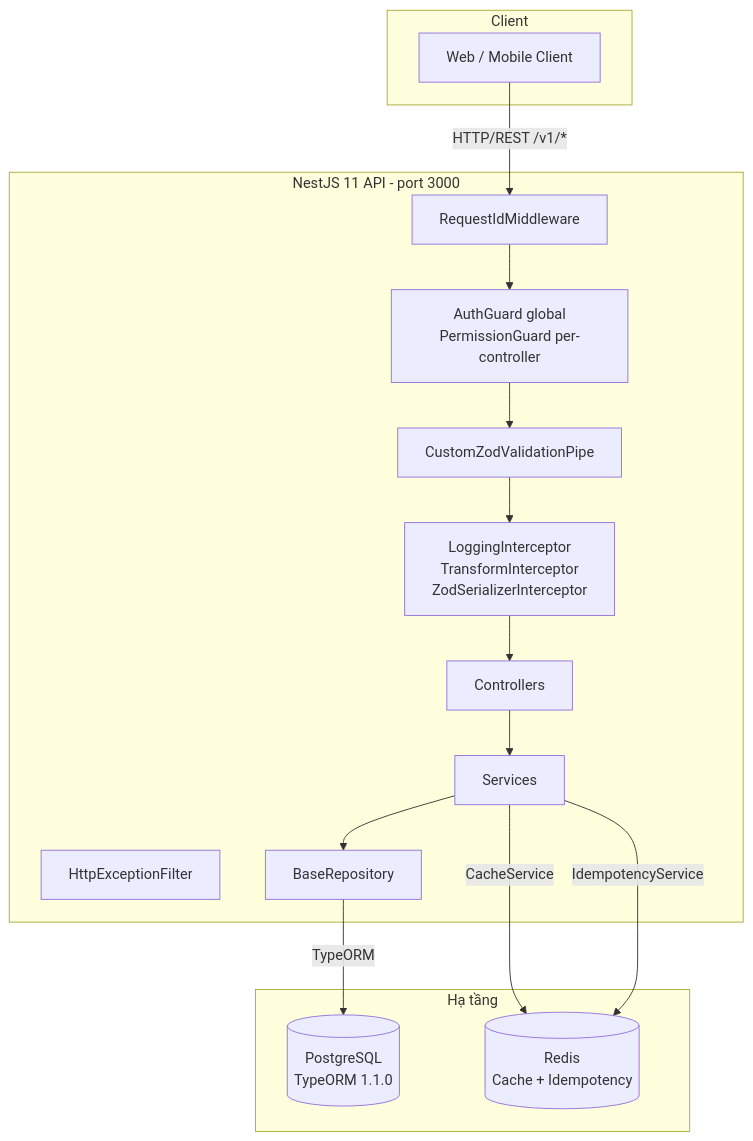
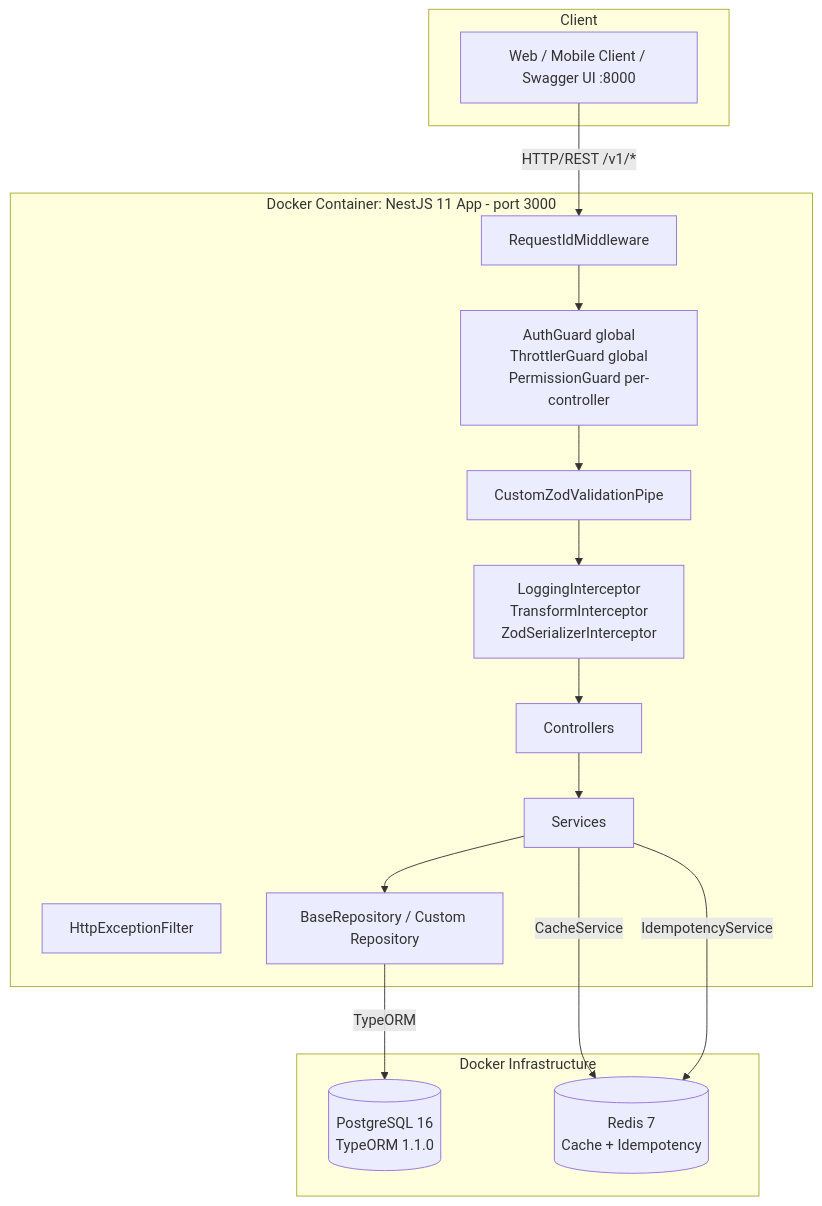
Before and after one commit to trungcrbay/crm_fcvn: the first of 4 diagrams in docs/BE_ARCHITECTURE.md, drawn with Mermaid. The commit also changed other lines of this file and 1 other file, not shown here.

Commit message:
update conventions file + architecture file

````diff
--- a/docs/BE_ARCHITECTURE.md
+++ b/docs/BE_ARCHITECTURE.md
@@ -7,33 +7,33 @@
 ```mermaid
 graph TB
     subgraph Client
-        FE[Web / Mobile Client]
+        FE[Web / Mobile Client / Swagger UI :8000]
     end
 
-    subgraph "NestJS 11 API - port 3000"
+    subgraph "Docker Container: NestJS 11 App - port 3000"
         MW[RequestIdMiddleware]
-        Guard[AuthGuard global<br/>PermissionGuard per-controller]
+        Guard[AuthGuard global<br/>ThrottlerGuard global<br/>PermissionGuard per-controller]
         Interceptor[LoggingInterceptor<br/>TransformInterceptor<br/>ZodSerializerInterceptor]
         Pipe[CustomZodValidationPipe]
         Filter[HttpExceptionFilter]
         Controller[Controllers]
         Service[Services]
-        Repo[BaseRepository]
+        Repo[BaseRepository / Custom Repository]
     end
 
-    subgraph "Hạ tầng"
-        PG[(PostgreSQL<br/>TypeORM 1.1.0)]
-        Redis[(Redis<br/>Cache + Idempotency)]
+    subgraph "Docker Infrastructure"
+        PG[(PostgreSQL 16<br/>TypeORM 1.1.0)]
+        Redis[(Redis 7<br/>Cache + Idempotency)]
     end
 
     FE -->|HTTP/REST /v1/*| MW
     MW --> Guard
     Guard --> Pipe
     Pipe --> Interceptor
     Interceptor --> Controller
     Controller --> Service
     Service --> Repo
     Repo -->|TypeORM| PG
     Service -->|CacheService| Redis
     Service -->|IdempotencyService| Redis
 ```
````
